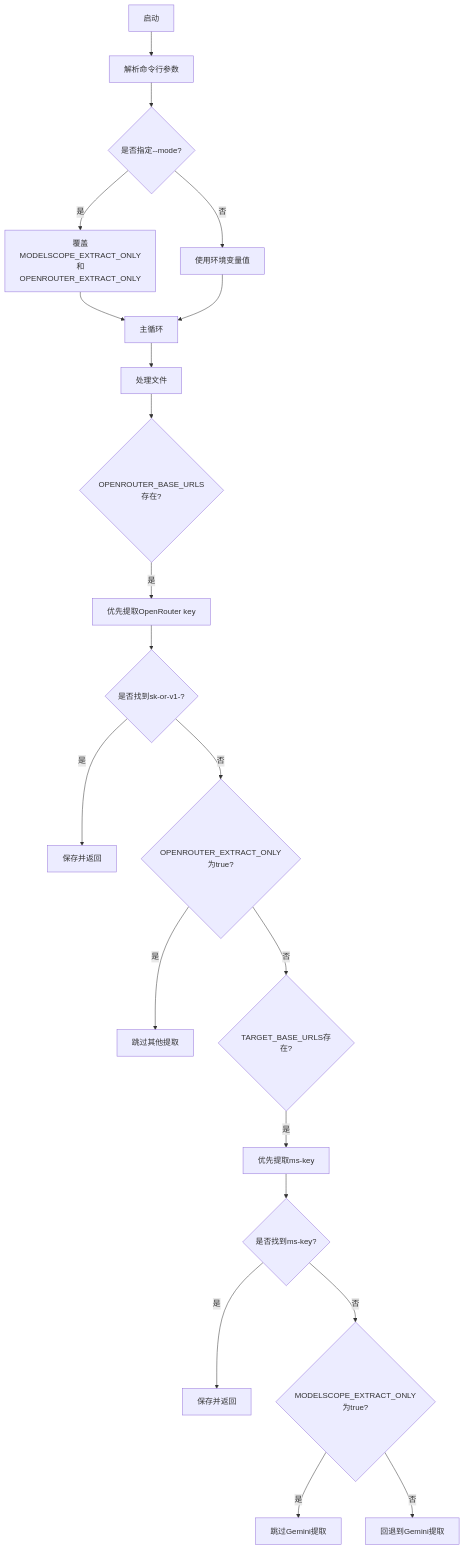
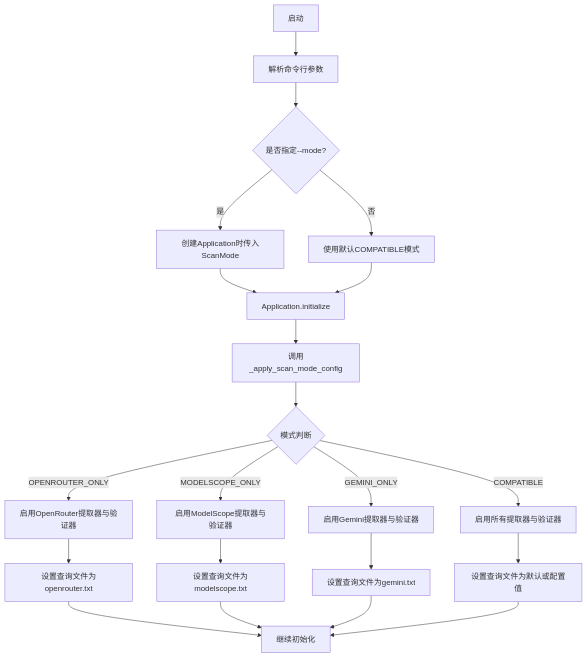
Before and after one commit to james-6-23/APIKEY-king: the sixth of 8 diagrams in .qoder/repowiki/zh/content/开发者指南/代码架构与模块设计/主控制器设计.md, drawn with Mermaid. The commit also changed other lines of this file and 49 other files, not shown here.

````diff
--- a/.qoder/repowiki/zh/content/开发者指南/代码架构与模块设计/主控制器设计.md
+++ b/.qoder/repowiki/zh/content/开发者指南/代码架构与模块设计/主控制器设计.md
@@ -221,23 +257,23 @@
 ```mermaid
 flowchart TD
 A[启动] --> B[解析命令行参数]
 B --> C{是否指定--mode?}
-C --> |是| D[覆盖MODELSCOPE_EXTRACT_ONLY和OPENROUTER_EXTRACT_ONLY]
-C --> |否| E[使用环境变量值]
-D --> F
+C --> |是| D[创建Application时传入ScanMode]
+C --> |否| E[使用默认COMPATIBLE模式]
+D --> F[Application.initialize]
 E --> F
-F[主循环] --> G[处理文件]
-G --> H{OPENROUTER_BASE_URLS存在?}
-H --> |是| I[优先提取OpenRouter key]
-I --> J{是否找到sk-or-v1-?}
-J --> |是| K[保存并返回]
-J --> |否| L{OPENROUTER_EXTRACT_ONLY为true?}
-L --> |是| M[跳过其他提取]
-L --> |否| N{TARGET_BASE_URLS存在?}
-N --> |是| O[优先提取ms-key]
-O --> P{是否找到ms-key?}
-P --> |是| Q[保存并返回]
-P --> |否| R{MODELSCOPE_EXTRACT_ONLY为true?}
-R --> |是| S[跳过Gemini提取]
-R --> |否| T[回退到Gemini提取]
+F --> G[调用_apply_scan_mode_config]
+G --> H{模式判断}
+H --> |OPENROUTER_ONLY| I[启用OpenRouter提取器与验证器]
+H --> |MODELSCOPE_ONLY| J[启用ModelScope提取器与验证器]
+H --> |GEMINI_ONLY| K[启用Gemini提取器与验证器]
+H --> |COMPATIBLE| L[启用所有提取器与验证器]
+I --> M[设置查询文件为openrouter.txt]
+J --> N[设置查询文件为modelscope.txt]
+K --> O[设置查询文件为gemini.txt]
+L --> P[设置查询文件为默认或配置值]
+M --> Q[继续初始化]
+N --> Q
+O --> Q
+P --> Q
 ```
````
